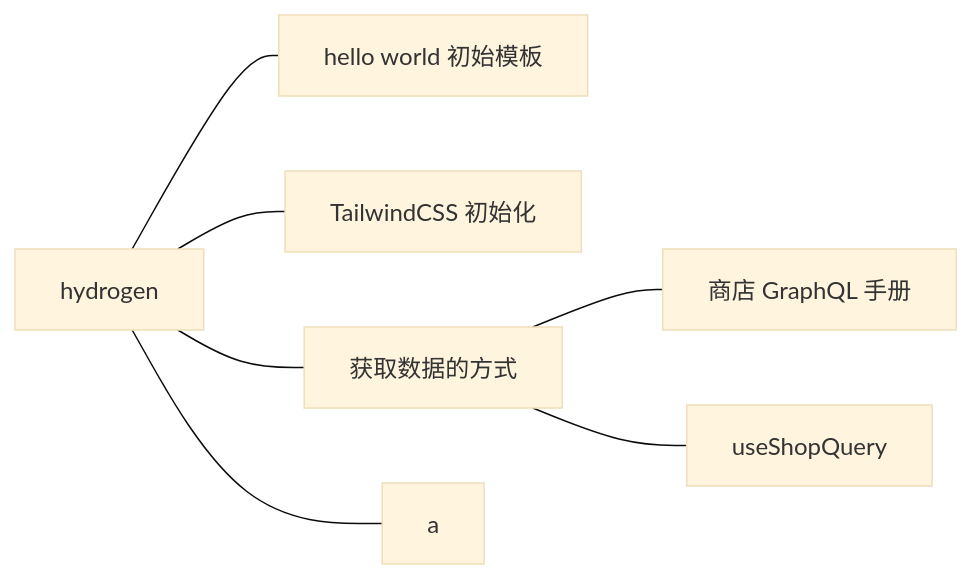
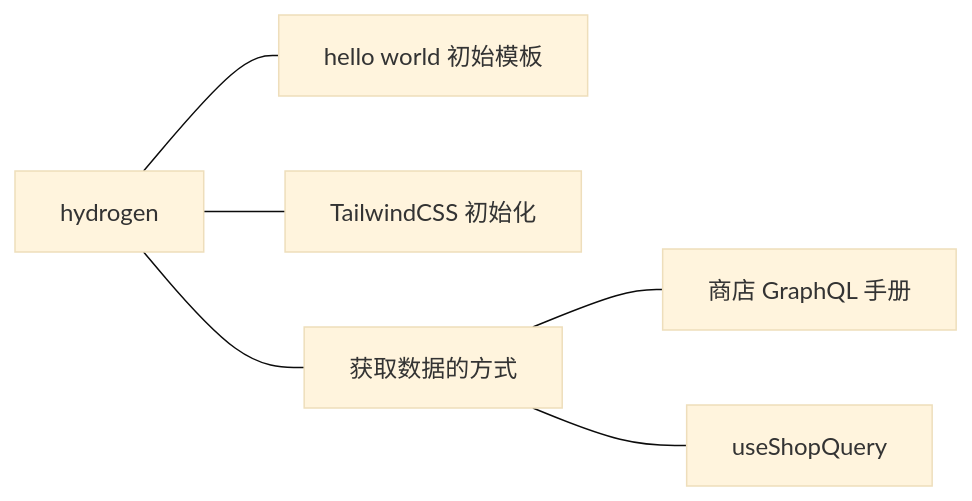
One commit to TransonQ/hydrogen-starter changed the diagram in README.md. Above: the diagram before and after it, drawn with Mermaid (base theme). The commit also changed other lines of this file, not shown here.

````diff
--- a/README.md
+++ b/README.md
@@ -5,9 +5,8 @@
 ```mermaid
 flowchart LR
   hydrogen --- H[hello world 初始模板]
   hydrogen --- T[TailwindCSS 初始化]
   hydrogen --- fetch[获取数据的方式]
   fetch --- fa[商店 GraphQL 手册]
   fetch --- fb[useShopQuery]
-  hydrogen --- a
 ```
````
